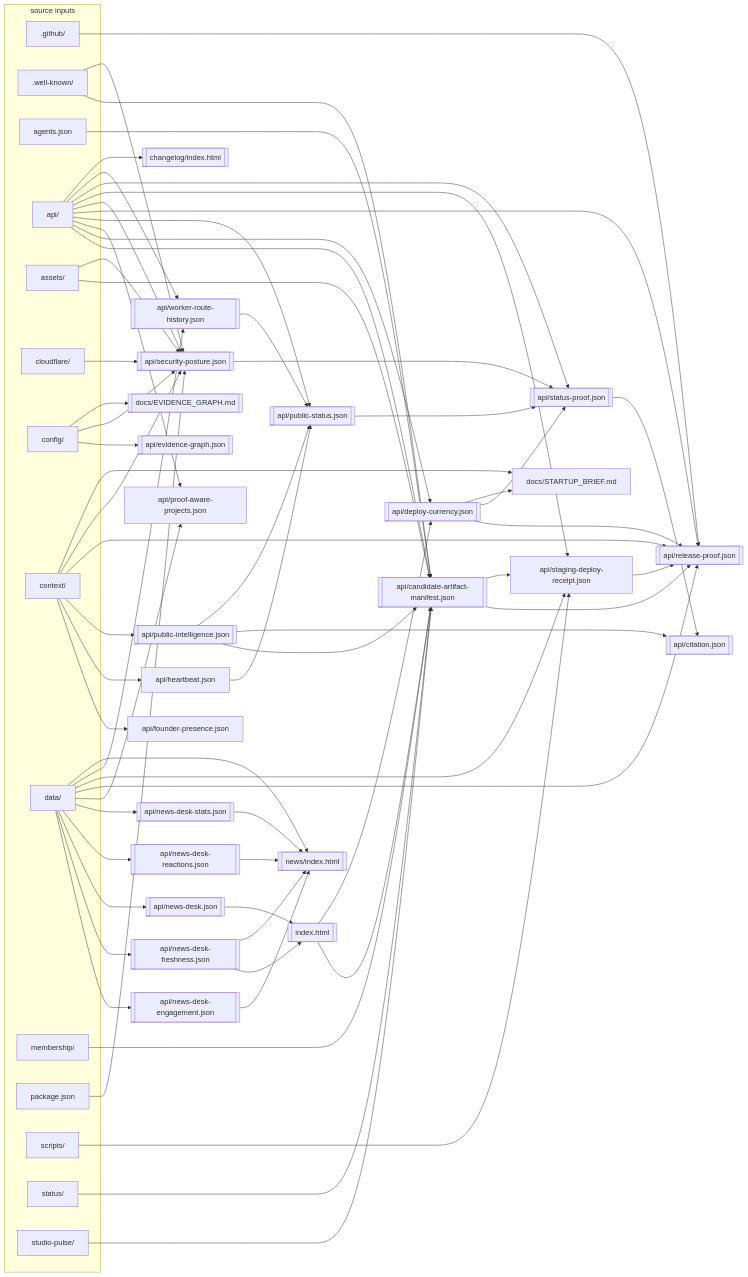
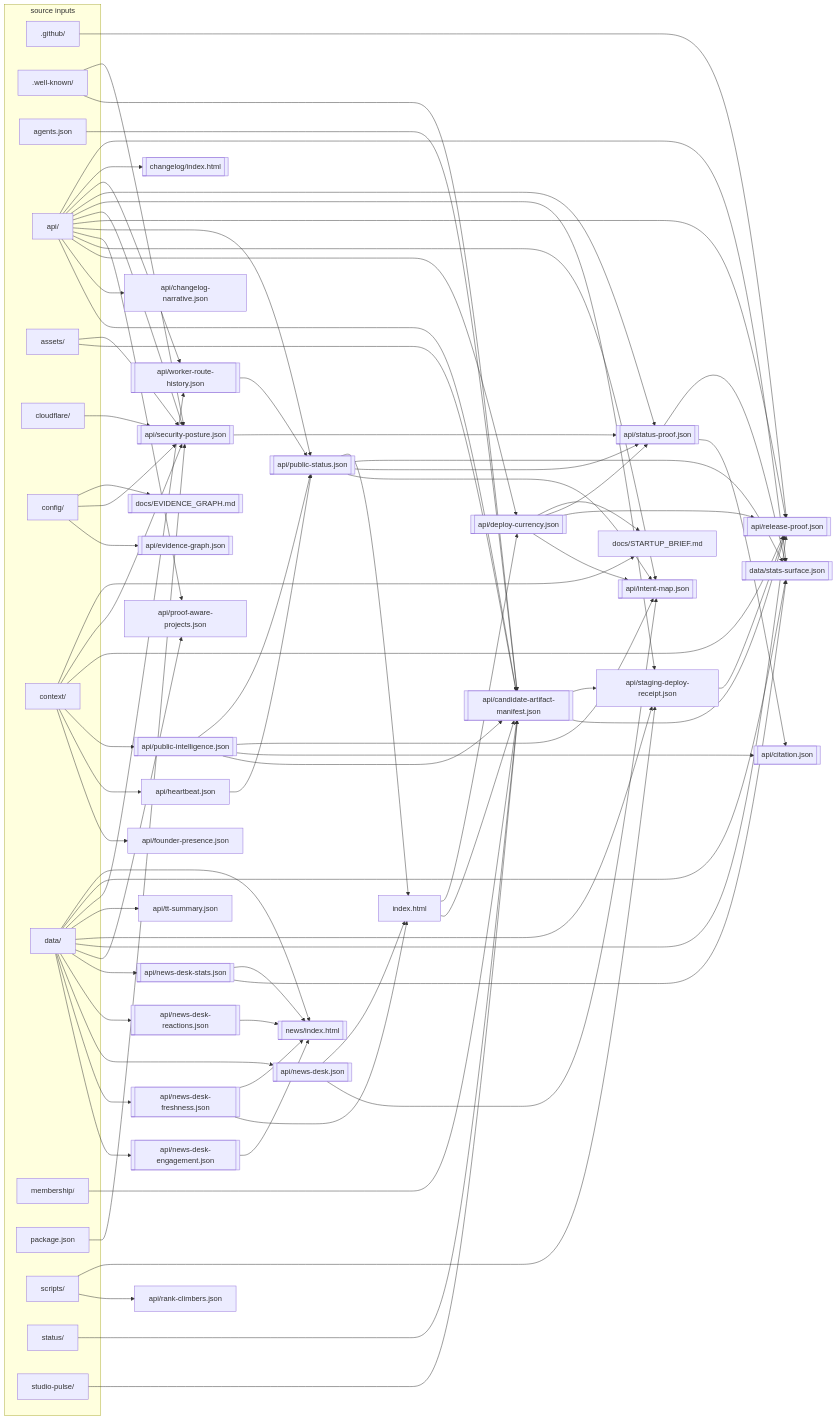
Before and after one commit to VaultSparkStudios/VaultSparkStudios.github.io: the diagram in docs/EVIDENCE_GRAPH.md, drawn with Mermaid. The commit also changed other lines of this file and 115 other files, not shown here.

```diff
--- a/docs/EVIDENCE_GRAPH.md
+++ b/docs/EVIDENCE_GRAPH.md
@@ -46,6 +46,7 @@
     n_studio_pulse_["studio-pulse/"]
   end
   n_api_candidate_artifact_manifest_json[["api/candidate-artifact-manifest.json"]]
+  n_api_changelog_narrative_json["api/changelog-narrative.json"]
   n_api_citation_json[["api/citation.json"]]
   n_api_deploy_currency_json[["api/deploy-currency.json"]]
   n_api_evidence_graph_json[["api/evidence-graph.json"]]
@@ -53,6 +54,8 @@
   n_api_founder_presence_json["api/founder-presence.json"]
   n_api_heartbeat_json["api/heartbeat.json"]
   n_index_html[["index.html"]]
+  n_api_intent_map_json[["api/intent-map.json"]]
+  n_index_html["index.html"]
   n_api_news_desk_json[["api/news-desk.json"]]
   n_api_news_desk_engagement_json[["api/news-desk-engagement.json"]]
   n_api_news_desk_freshness_json[["api/news-desk-freshness.json"]]
@@ -62,11 +65,14 @@
   n_api_proof_aware_projects_json["api/proof-aware-projects.json"]
   n_api_public_intelligence_json[["api/public-intelligence.json"]]
   n_api_public_status_json[["api/public-status.json"]]
+  n_api_rank_climbers_json["api/rank-climbers.json"]
   n_api_release_proof_json[["api/release-proof.json"]]
   n_api_security_posture_json[["api/security-posture.json"]]
   n_api_staging_deploy_receipt_json["api/staging-deploy-receipt.json"]
   n_docs_STARTUP_BRIEF_md["docs/STARTUP_BRIEF.md"]
+  n_data_stats_surface_json[["data/stats-surface.json"]]
   n_api_status_proof_json[["api/status-proof.json"]]
+  n_api_tt_summary_json["api/tt-summary.json"]
   n_api_worker_route_history_json[["api/worker-route-history.json"]]
   n_changelog_index_html[["changelog/index.html"]]
   n__github_ --> n_api_release_proof_json
@@ -74,7 +80,9 @@
   n__well_known_ --> n_api_security_posture_json
   n_agents_json --> n_api_candidate_artifact_manifest_json
   n_api_ --> n_api_candidate_artifact_manifest_json
+  n_api_ --> n_api_changelog_narrative_json
   n_api_ --> n_api_deploy_currency_json
+  n_api_ --> n_api_intent_map_json
   n_api_ --> n_api_proof_aware_projects_json
   n_api_ --> n_api_public_status_json
   n_api_ --> n_api_release_proof_json
@@ -83,8 +91,10 @@
   n_api_ --> n_api_status_proof_json
   n_api_ --> n_api_worker_route_history_json
   n_api_ --> n_changelog_index_html
+  n_api_ --> n_data_stats_surface_json
   n_api_candidate_artifact_manifest_json --> n_api_release_proof_json
   n_api_candidate_artifact_manifest_json --> n_api_staging_deploy_receipt_json
+  n_api_deploy_currency_json --> n_api_intent_map_json
   n_api_deploy_currency_json --> n_api_release_proof_json
   n_api_deploy_currency_json --> n_api_status_proof_json
   n_api_deploy_currency_json --> n_docs_STARTUP_BRIEF_md
@@ -92,16 +102,23 @@
   n_api_news_desk_engagement_json --> n_news_index_html
   n_api_news_desk_freshness_json --> n_index_html
   n_api_news_desk_freshness_json --> n_news_index_html
+  n_api_news_desk_json --> n_api_intent_map_json
   n_api_news_desk_json --> n_index_html
   n_api_news_desk_reactions_json --> n_news_index_html
+  n_api_news_desk_stats_json --> n_data_stats_surface_json
   n_api_news_desk_stats_json --> n_news_index_html
   n_api_public_intelligence_json --> n_api_candidate_artifact_manifest_json
   n_api_public_intelligence_json --> n_api_citation_json
+  n_api_public_intelligence_json --> n_api_intent_map_json
   n_api_public_intelligence_json --> n_api_public_status_json
+  n_api_public_status_json --> n_api_intent_map_json
   n_api_public_status_json --> n_api_status_proof_json
+  n_api_public_status_json --> n_data_stats_surface_json
+  n_api_public_status_json --> n_index_html
   n_api_security_posture_json --> n_api_status_proof_json
   n_api_staging_deploy_receipt_json --> n_api_release_proof_json
   n_api_status_proof_json --> n_api_citation_json
+  n_api_status_proof_json --> n_data_stats_surface_json
   n_api_worker_route_history_json --> n_api_public_status_json
   n_assets_ --> n_api_candidate_artifact_manifest_json
   n_assets_ --> n_api_security_posture_json
@@ -123,12 +140,15 @@
   n_data_ --> n_api_proof_aware_projects_json
   n_data_ --> n_api_release_proof_json
   n_data_ --> n_api_staging_deploy_receipt_json
+  n_data_ --> n_api_tt_summary_json
   n_data_ --> n_api_worker_route_history_json
+  n_data_ --> n_data_stats_surface_json
   n_data_ --> n_news_index_html
   n_index_html --> n_api_candidate_artifact_manifest_json
   n_index_html --> n_api_deploy_currency_json
   n_membership_ --> n_api_candidate_artifact_manifest_json
   n_package_json --> n_api_security_posture_json
+  n_scripts_ --> n_api_rank_climbers_json
   n_scripts_ --> n_api_staging_deploy_receipt_json
   n_status_ --> n_api_candidate_artifact_manifest_json
   n_studio_pulse_ --> n_api_candidate_artifact_manifest_json
```
